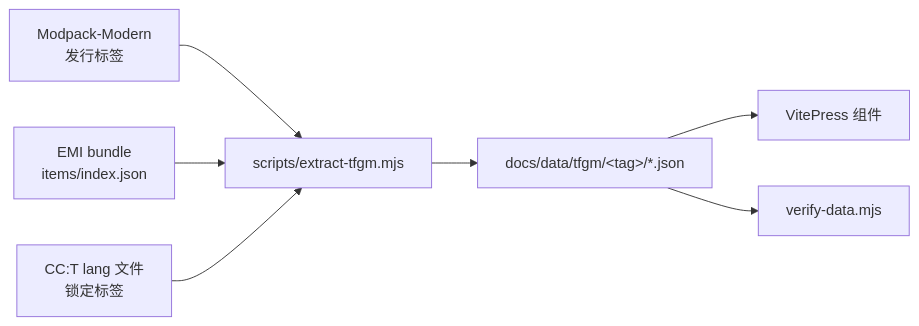
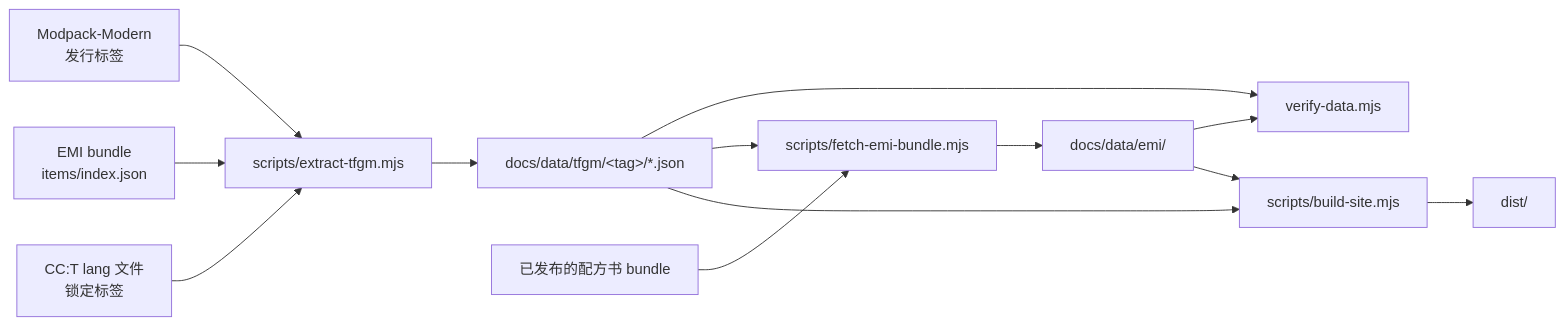
Before and after one commit to TerraFirmaGreg-Translation-CN/cctweaked4tfgm: the diagram in docs/zh_cn/guide/data-pipeline.md, drawn with Mermaid. The commit also changed other lines of this file and 172 other files, not shown here.

First line of the commit message:
feat(site): replace VitePress with tweaked.cc-style static site

````diff
--- a/docs/zh_cn/guide/data-pipeline.md
+++ b/docs/zh_cn/guide/data-pipeline.md
@@ -10,9 +10,15 @@
 ```mermaid
 graph LR
   A["Modpack-Modern<br/>发行标签"] --> B["scripts/extract-tfgm.mjs"]
   C["EMI bundle<br/>items/index.json"] --> B
   D["CC:T lang 文件<br/>锁定标签"] --> B
   B --> E["docs/data/tfgm/&lt;tag&gt;/*.json"]
-  E --> F["VitePress 组件"]
   E --> G["verify-data.mjs"]
+  E --> H["scripts/fetch-emi-bundle.mjs"]
+  I["已发布的配方书 bundle"] --> H
+  H --> J["docs/data/emi/"]
+  J --> G
+  E --> F["scripts/build-site.mjs"]
+  J --> F
+  F --> K["dist/"]
 ```
````
